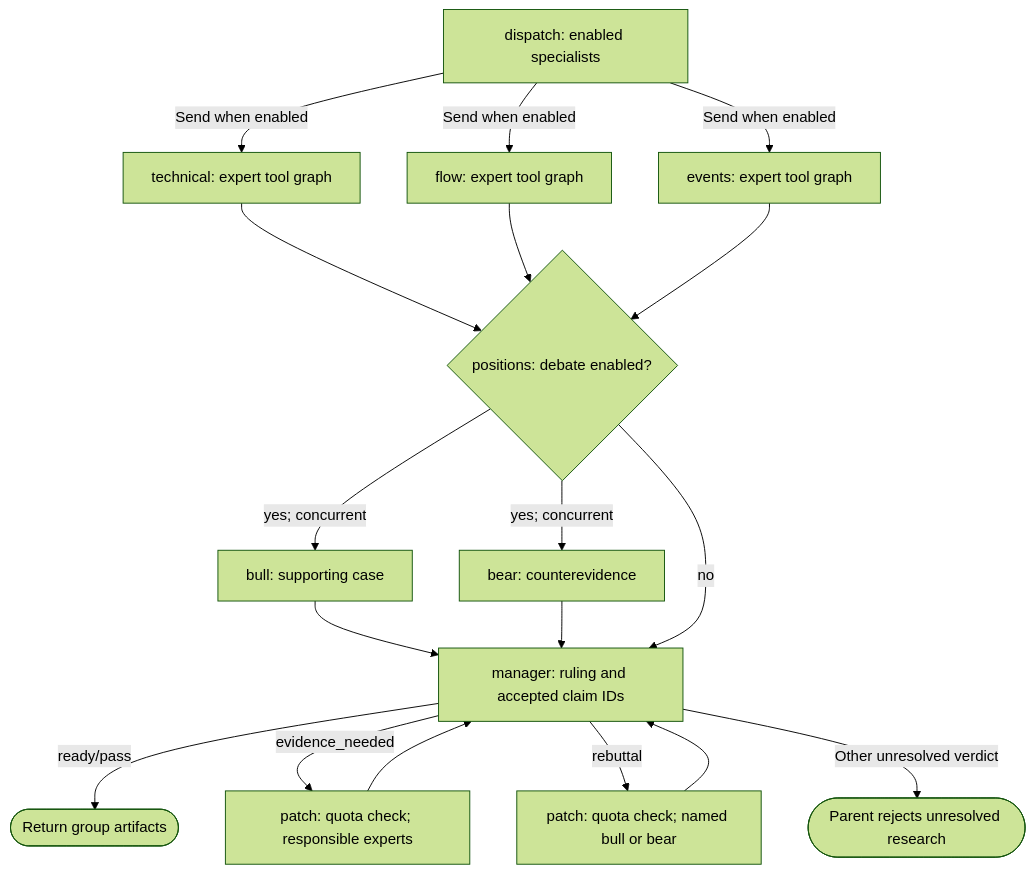
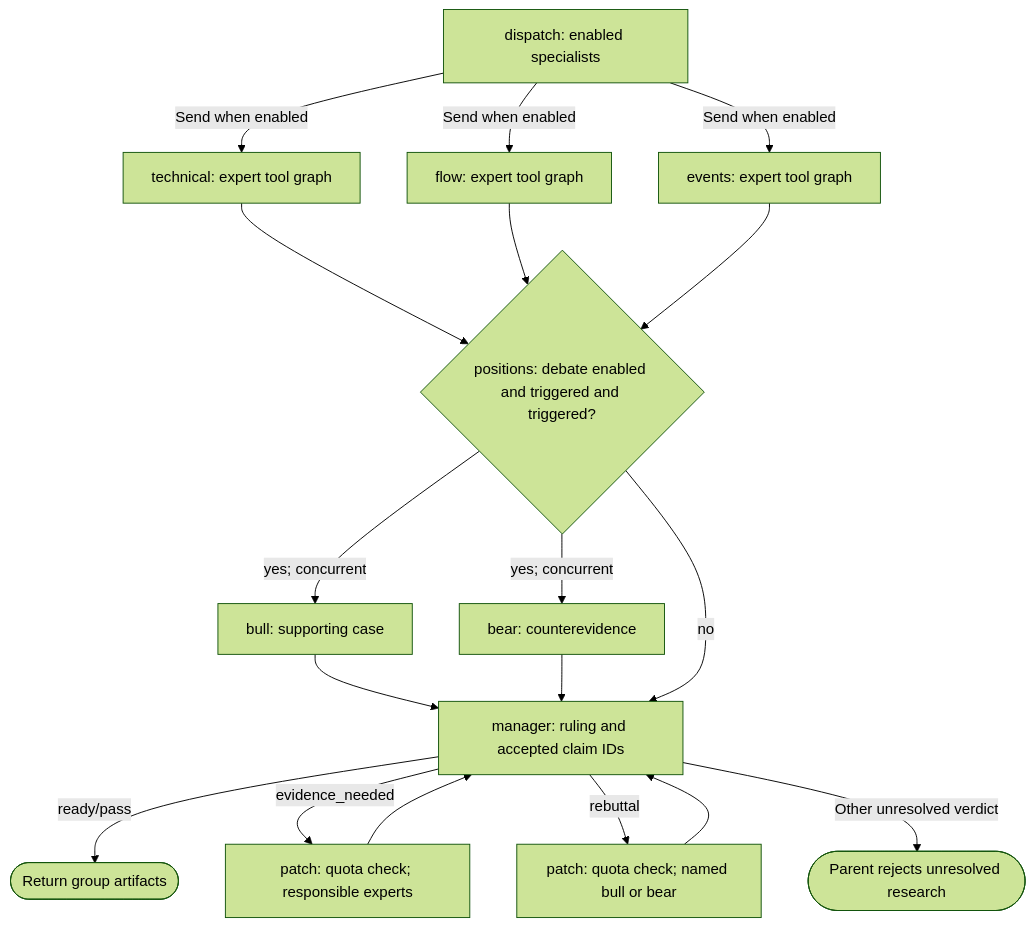
Before and after one commit to TNT-Likely/PanWatch: the third of 5 diagrams in packages/pan-investment-research/README.md, drawn with Mermaid (forest theme). The commit also changed other lines of this file and 31 other files, not shown here.

Commit message:
feat(research): add configurable session graphs and fast intraday research

````diff
--- a/packages/pan-investment-research/README.md
+++ b/packages/pan-investment-research/README.md
@@ -119,22 +126,22 @@
 ```mermaid
 flowchart TD
     DISPATCH["dispatch: enabled specialists"]
     DISPATCH -->|"Send when enabled"| TECH["technical: expert tool graph"]
     DISPATCH -->|"Send when enabled"| FLOW["flow: expert tool graph"]
     DISPATCH -->|"Send when enabled"| EVENT["events: expert tool graph"]
     TECH --> POSITIONS
     FLOW --> POSITIONS
     EVENT --> POSITIONS
-    POSITIONS{"positions: debate enabled?"}
+    POSITIONS{"positions: debate enabled and triggered and triggered?"}
     POSITIONS -->|"yes; concurrent"| BULL["bull: supporting case"]
     POSITIONS -->|"yes; concurrent"| BEAR["bear: counterevidence"]
     BULL --> MANAGER["manager: ruling and accepted claim IDs"]
     BEAR --> MANAGER
     POSITIONS -->|"no"| MANAGER
     MANAGER -->|"ready/pass"| DONE(["Return group artifacts"])
     MANAGER -->|"evidence_needed"| PATCH["patch: quota check; responsible experts"]
     PATCH --> MANAGER
     MANAGER -->|"rebuttal"| RESPONSE["patch: quota check; named bull or bear"]
     RESPONSE --> MANAGER
     MANAGER -->|"Other unresolved verdict"| UNRESOLVED(["Parent rejects unresolved research"])
 ```
````
